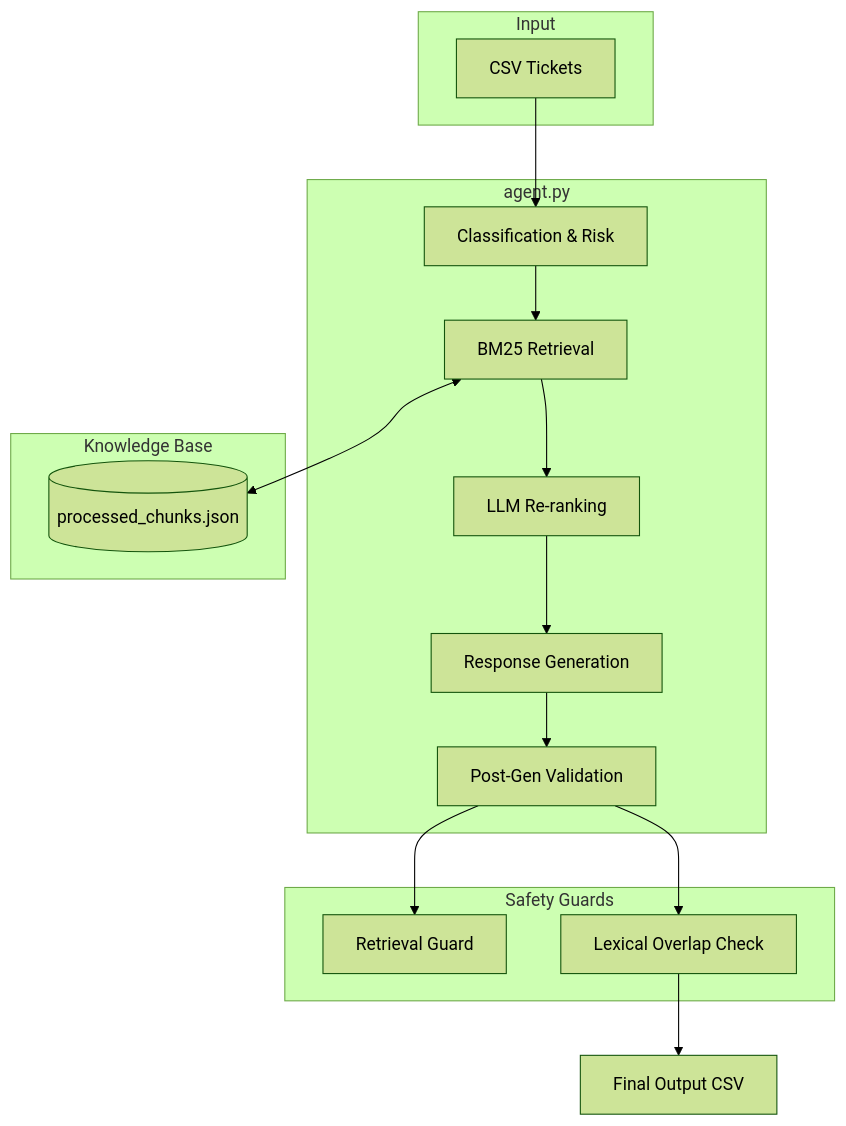
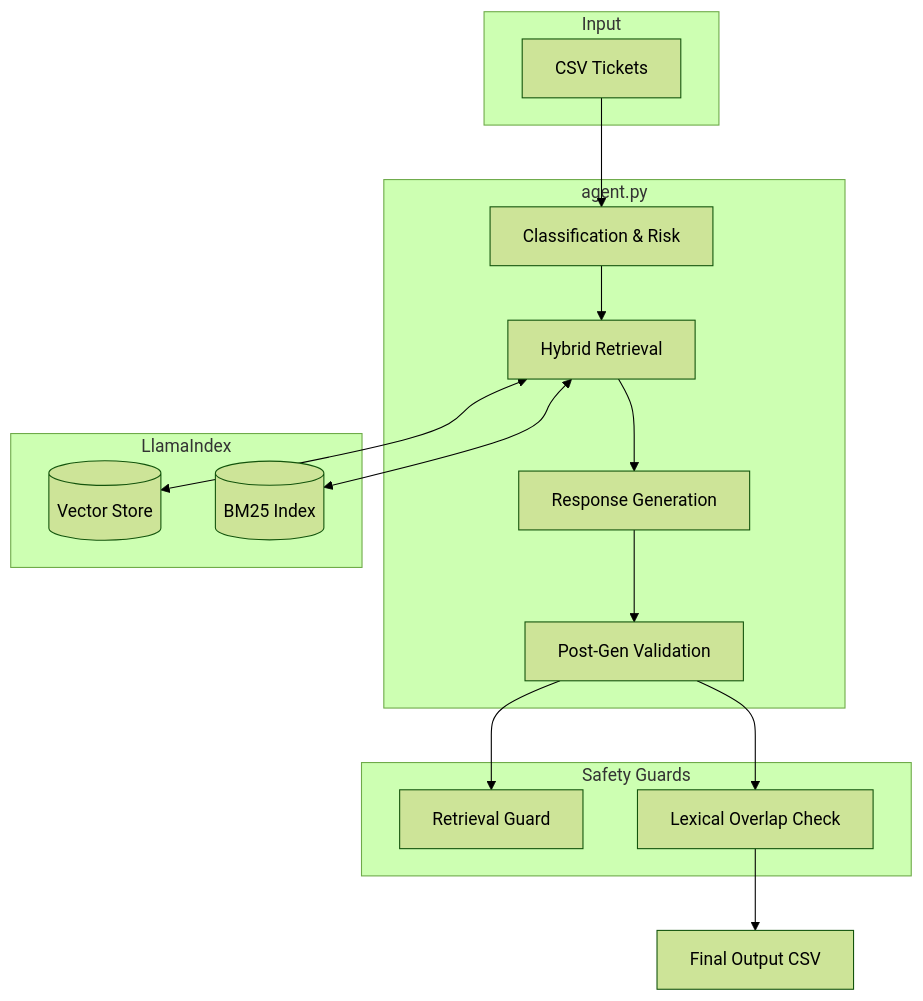
Before and after one commit to pavan939111/HackerRank: the diagram in DESIGN.md, drawn with Mermaid (forest theme). The commit also changed other lines of this file and 25 other files, not shown here.

Commit message:
Refactor: Implement Enterprise Hybrid Retrieval Architecture with 7-Stage Pipeline and Safety Controls

````diff
--- a/DESIGN.md
+++ b/DESIGN.md
@@ -9,33 +9,33 @@
 ```mermaid
 graph TD
     subgraph Input
         A[CSV Tickets]
     end
 
     subgraph Orchestrator [agent.py]
         B[Classification & Risk]
-        C[BM25 Retrieval]
-        D[LLM Re-ranking]
-        E[Response Generation]
-        F[Post-Gen Validation]
+        C[Hybrid Retrieval]
+        D[Response Generation]
+        E[Post-Gen Validation]
     end
 
-    subgraph Knowledge Base
-        G[(processed_chunks.json)]
+    subgraph Knowledge Base [LlamaIndex]
+        F[(Vector Store)]
+        G[(BM25 Index)]
     end
 
     subgraph Safety Guards
         H[Retrieval Guard]
         I[Lexical Overlap Check]
     end
 
     A --> B
     B --> C
+    C <--> F
     C <--> G
     C --> D
     D --> E
-    E --> F
-    F --> H
-    F --> I
+    E --> H
+    E --> I
     I --> J[Final Output CSV]
 ```
````
